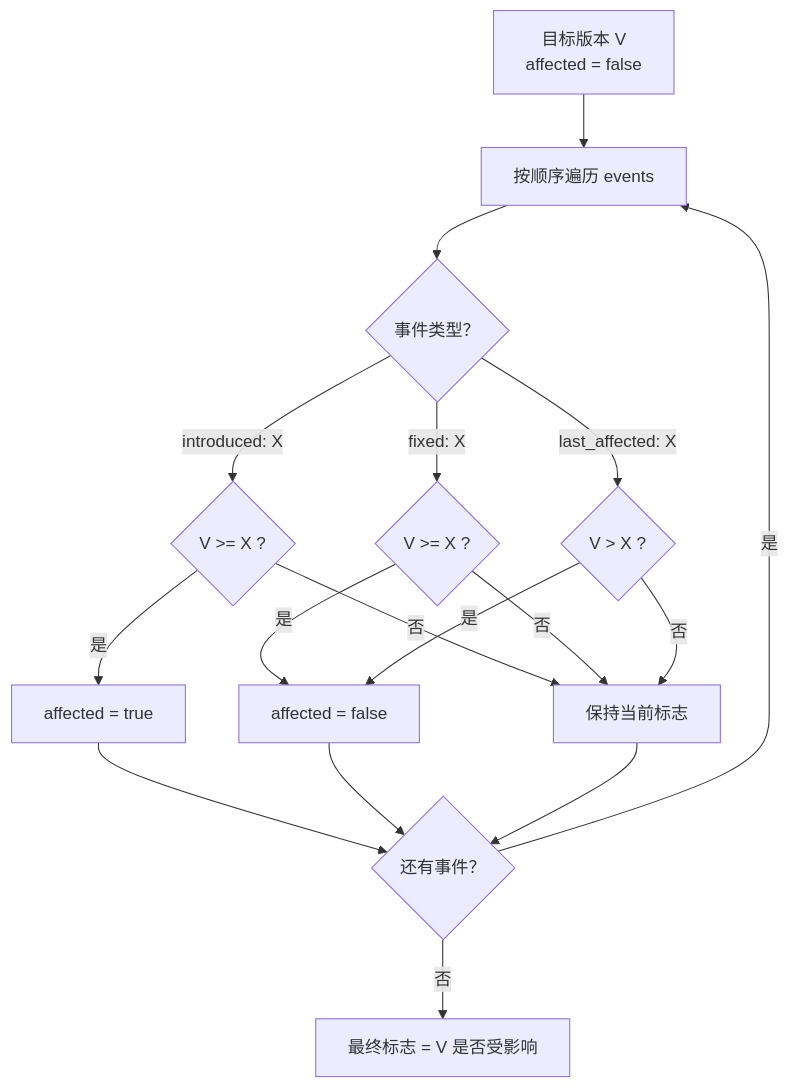
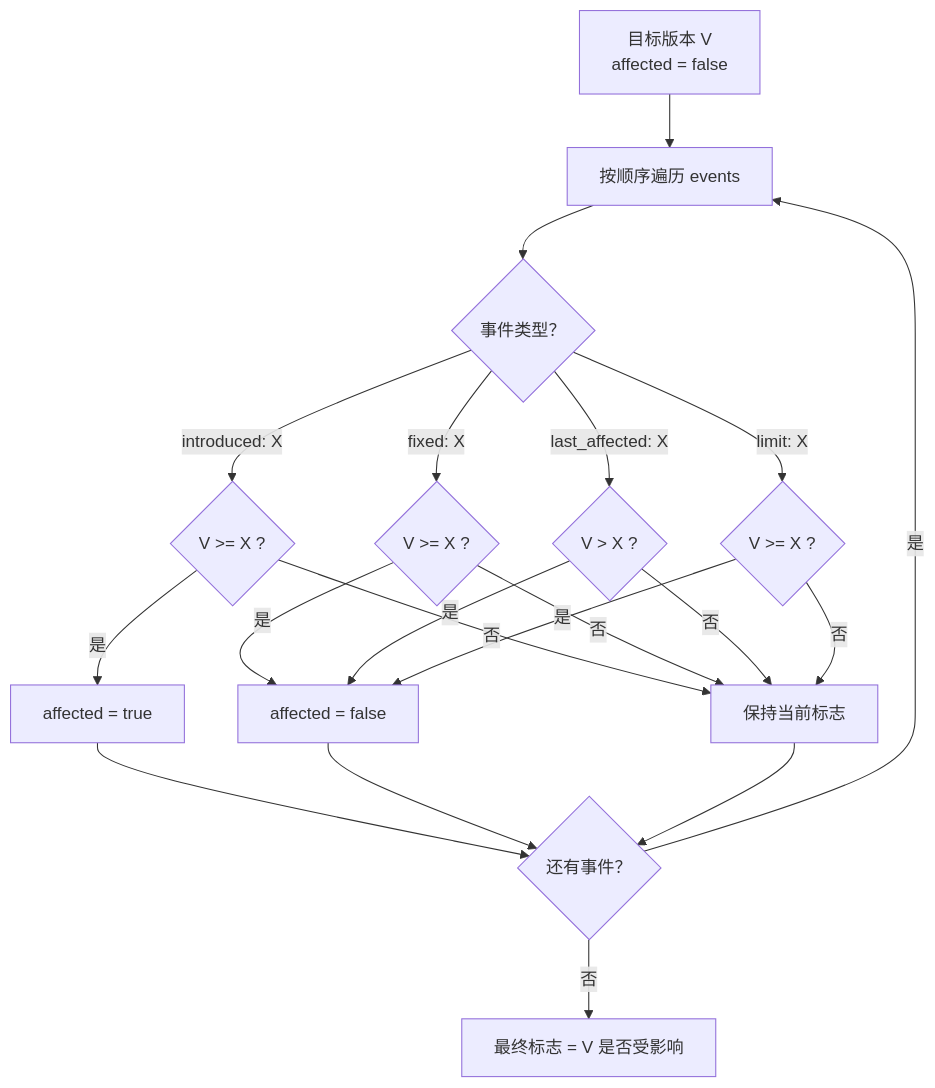
The seventh of 13 diagrams in website/zh/reference/osv-schema.md (scagogogo/osv-schema-skills), drawn with Mermaid before and after one commit. The commit also changed other lines of this file and 1 other file, not shown here.

Commit message:
docs(website): correct limit-vs-last_affected semantics in event timeline (EN+ZH)
The event-timeline resolution section said limit is "treated like
last_affected" — but they differ at the boundary: limit is EXCLUSIVE
(V >= limit clears the flag; the limit version itself is NOT affected),
while last_affected is INCLUSIVE (only V > last_affected clears; the
last_affected version IS affected). The old wording would have made
V == limit wrongly count as affected. Rewrote the prose to state the
exclusive/inclusive distinction explicitly, and added a `limit: X →
V >= X ?` branch to the flowchart (mirroring the existing
last_affected branch which uses V > X) so all four event kinds are
covered, not three.

````diff
--- a/website/zh/reference/osv-schema.md
+++ b/website/zh/reference/osv-schema.md
@@ -159,19 +159,22 @@
 ```mermaid
 flowchart TD
   START["目标版本 V<br/>affected = false"] --> SORT["按顺序遍历 events"]
   SORT --> E{"事件类型？"}
   E -->|"introduced: X"| I{"V >= X ?"}
   I -->|是| SET["affected = true"]
   I -->|否| NEXT["保持当前标志"]
   E -->|"fixed: X"| F{"V >= X ?"}
   F -->|是| CLR["affected = false"]
   F -->|否| NEXT
   E -->|"last_affected: X"| L{"V > X ?"}
   L -->|是| CLR
   L -->|否| NEXT
+  E -->|"limit: X"| LM{"V >= X ?"}
+  LM -->|是| CLR
+  LM -->|否| NEXT
   SET --> DONE{"还有事件？"}
   CLR --> DONE
   NEXT --> DONE
   DONE -->|是| SORT
   DONE -->|否| RESULT["最终标志 = V 是否受影响"]
 ```
````
